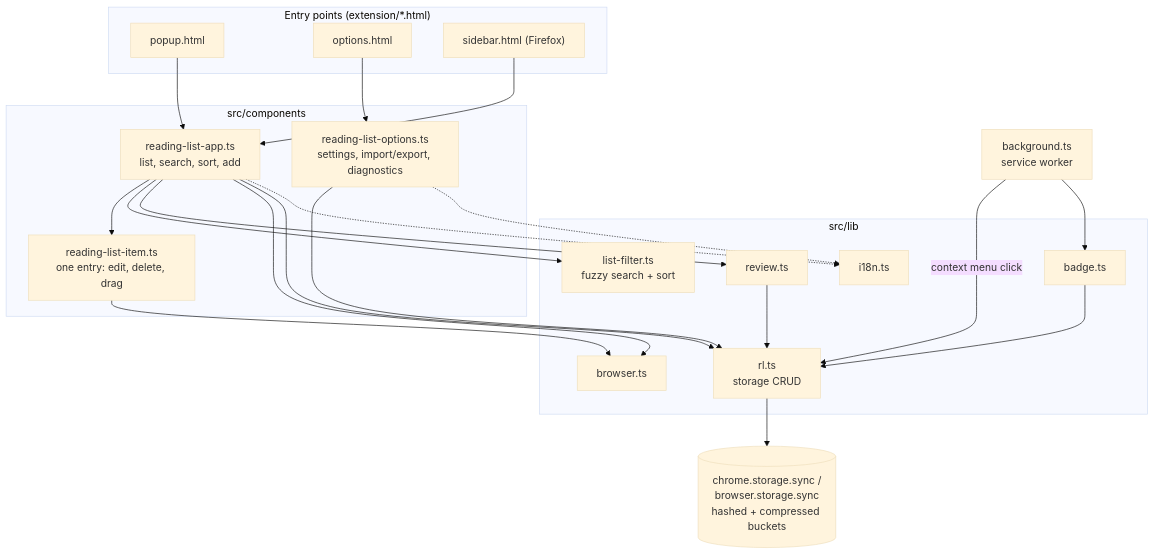
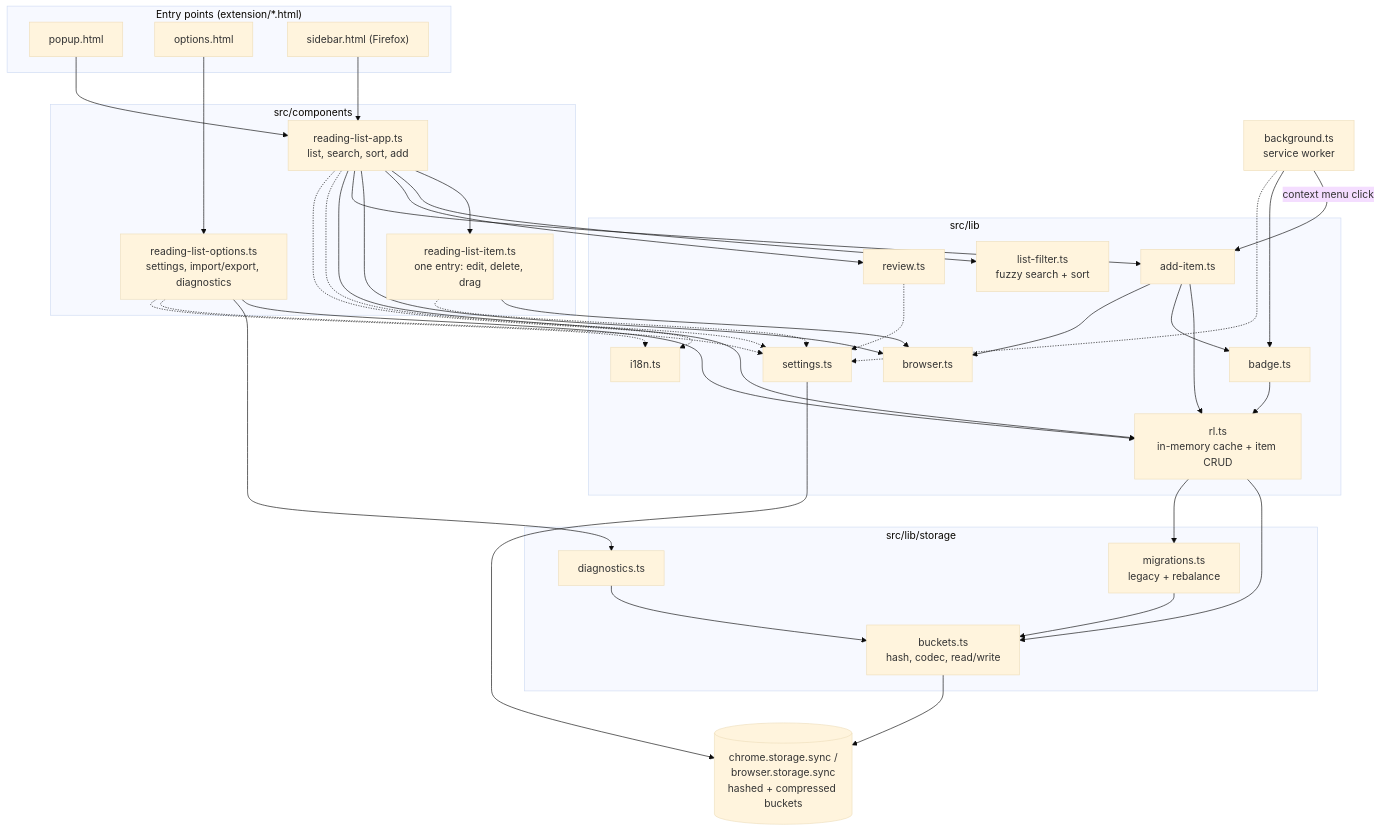
The first of 2 diagrams in AGENTS.md (alexpdraper/reading-list), drawn with Mermaid (base theme) before and after one commit. The commit also changed other lines of this file, not shown here.

````diff
--- a/AGENTS.md
+++ b/AGENTS.md
@@ -11,47 +11,70 @@
 ```mermaid
 graph TD
     subgraph Entry["Entry points (extension/*.html)"]
         Popup["popup.html"]
         Options["options.html"]
         Sidebar["sidebar.html (Firefox)"]
     end
 
     subgraph Components["src/components"]
         App["reading-list-app.ts<br/>list, search, sort, add"]
         OptComp["reading-list-options.ts<br/>settings, import/export, diagnostics"]
         Item["reading-list-item.ts<br/>one entry: edit, delete, drag"]
     end
 
     subgraph Lib["src/lib"]
-        RL["rl.ts<br/>storage CRUD"]
+        RL["rl.ts<br/>in-memory cache + item CRUD"]
+        AddItem["add-item.ts"]
+        Settings["settings.ts"]
         Filter["list-filter.ts<br/>fuzzy search + sort"]
         Badge["badge.ts"]
         Browser["browser.ts"]
         Review["review.ts"]
         I18n["i18n.ts"]
+    end
+
+    subgraph StorageLib["src/lib/storage"]
+        Buckets["buckets.ts<br/>hash, codec, read/write"]
+        Migrations["migrations.ts<br/>legacy + rebalance"]
+        Diagnostics["diagnostics.ts"]
     end
 
     BG["background.ts<br/>service worker"]
     Storage[("chrome.storage.sync /<br/>browser.storage.sync<br/>hashed + compressed buckets")]
 
     Popup --> App
     Sidebar --> App
     Options --> OptComp
 
     App --> Item
     App --> Filter
     App --> Review
     App --> Browser
+    App --> AddItem
     App --> RL
     OptComp --> RL
+    OptComp --> Diagnostics
     Item --> Browser
 
-    BG -- "context menu click" --> RL
+    BG -- "context menu click" --> AddItem
     BG --> Badge
+    AddItem --> RL
+    AddItem --> Badge
+    AddItem --> Browser
     Badge --> RL
-    Review --> RL
+
+    App -.-> Settings
+    OptComp -.-> Settings
+    Item -.-> Settings
+    Review -.-> Settings
+    BG -.-> Settings
     App -.-> I18n
     OptComp -.-> I18n
 
-    RL --> Storage
+    RL --> Buckets
+    RL --> Migrations
+    Migrations --> Buckets
+    Diagnostics --> Buckets
+    Buckets --> Storage
+    Settings --> Storage
 ```
````
